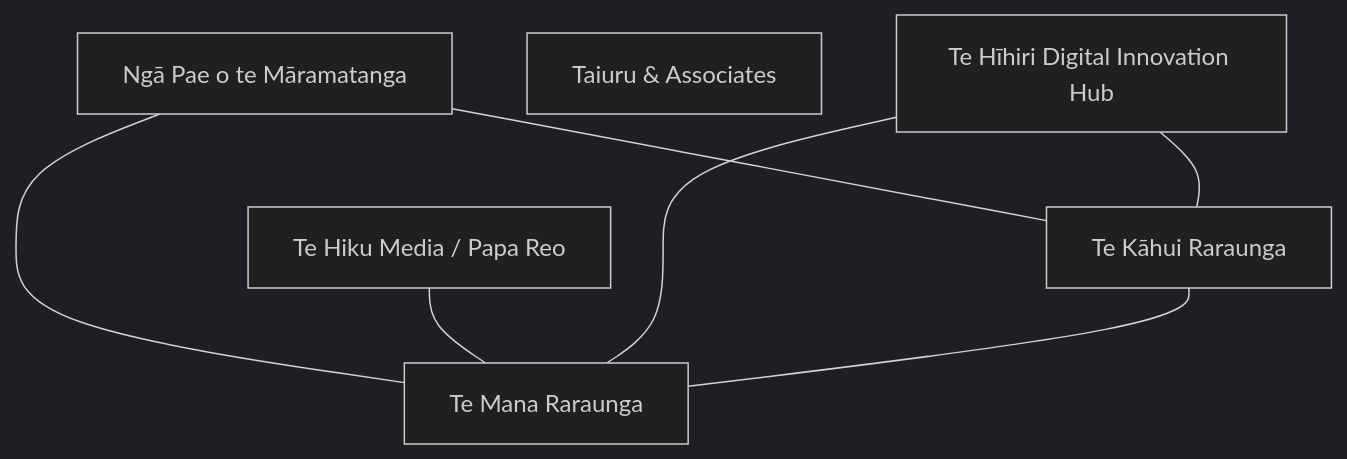
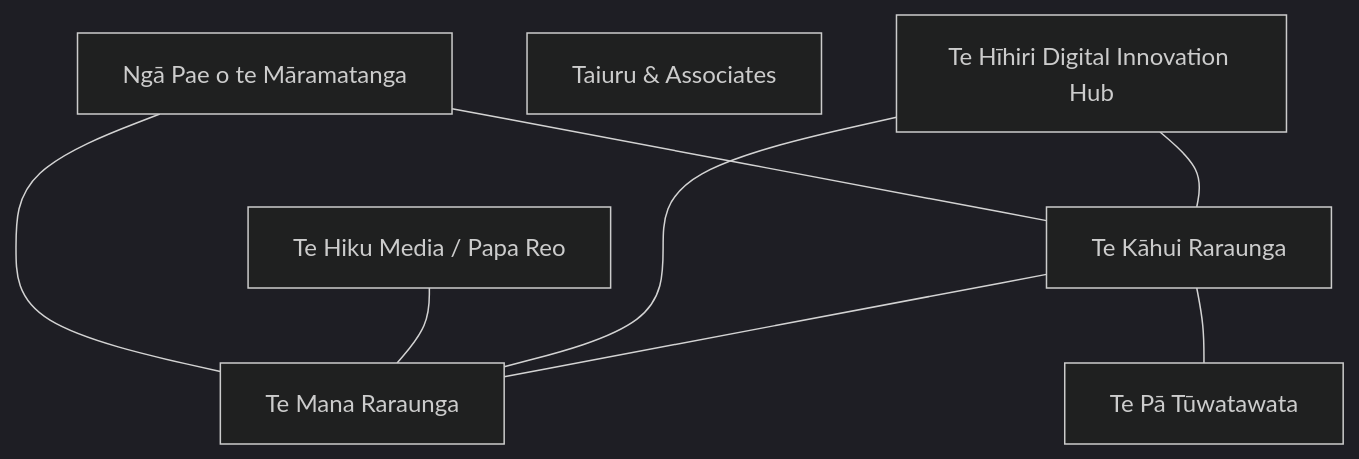
Before and after one commit to olitreadwell/nz-tech-for-good: diagram 22 of 22 in GUIDE.md, drawn with Mermaid (dark theme). The commit also changed other lines of this file and 4 other files, not shown here.

````diff
--- a/GUIDE.md
+++ b/GUIDE.md
@@ -396,15 +407,17 @@
 ```mermaid
 flowchart TD
     n_NgPaeoteMramatanga["Ngā Pae o te Māramatanga"]
     n_TaiuruAssociates["Taiuru & Associates"]
     n_TeHikuMediaPapaReo["Te Hiku Media / Papa Reo"]
     n_TeHhiriDigitalInnovation["Te Hīhiri Digital Innovation Hub"]
     n_TeKhuiRaraunga["Te Kāhui Raraunga"]
     n_TeManaRaraunga["Te Mana Raraunga"]
+    n_TePTwatawata["Te Pā Tūwatawata"]
     n_NgPaeoteMramatanga --- n_TeKhuiRaraunga
     n_NgPaeoteMramatanga --- n_TeManaRaraunga
     n_TeHikuMediaPapaReo --- n_TeManaRaraunga
     n_TeHhiriDigitalInnovation --- n_TeKhuiRaraunga
     n_TeHhiriDigitalInnovation --- n_TeManaRaraunga
     n_TeKhuiRaraunga --- n_TeManaRaraunga
+    n_TeKhuiRaraunga --- n_TePTwatawata
 ```
````
